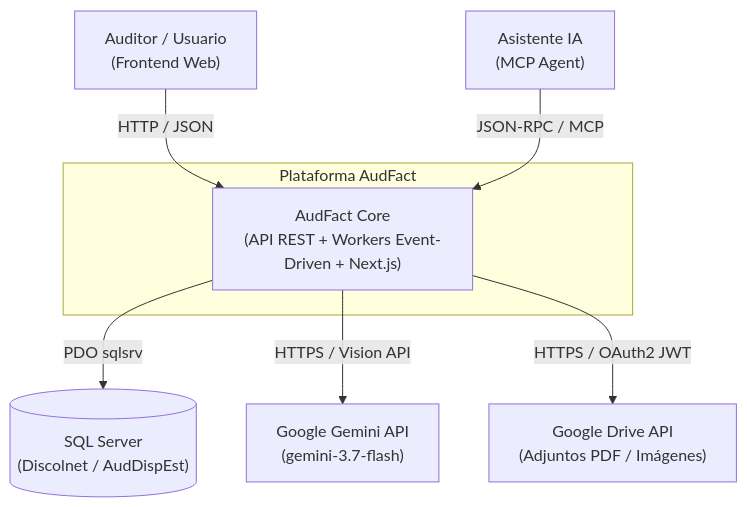
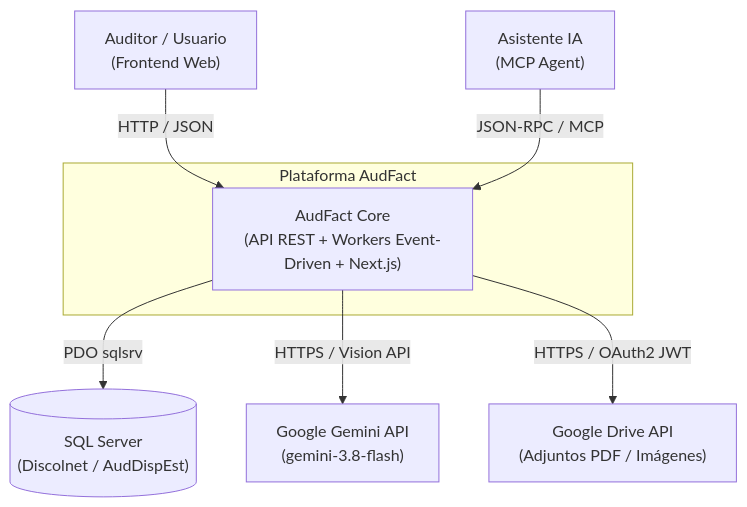
The first of 7 diagrams in plans/architecture-diagrams.md (jfrem/AudFact), drawn with Mermaid before and after one commit. The commit also changed 16 other files, not shown here.

````diff
--- a/plans/architecture-diagrams.md
+++ b/plans/architecture-diagrams.md
@@ -11,19 +11,19 @@
 ```mermaid
 flowchart TD
     User["Auditor / Usuario<br/>(Frontend Web)"]
     AI["Asistente IA<br/>(MCP Agent)"]
     
     subgraph AudFact["Plataforma AudFact"]
         CoreApp["AudFact Core<br/>(API REST + Workers Event-Driven + Next.js)"]
     end
     
     SQL[("SQL Server<br/>(Discolnet / AudDispEst)")]
-    Gemini["Google Gemini API<br/>(gemini-3.7-flash)"]
+    Gemini["Google Gemini API<br/>(gemini-3.8-flash)"]
     Drive["Google Drive API<br/>(Adjuntos PDF / Imágenes)"]
     
     User -->|HTTP / JSON| CoreApp
     AI -->|JSON-RPC / MCP| CoreApp
     CoreApp -->|PDO sqlsrv| SQL
     CoreApp -->|HTTPS / Vision API| Gemini
     CoreApp -->|HTTPS / OAuth2 JWT| Drive
 ```
````
